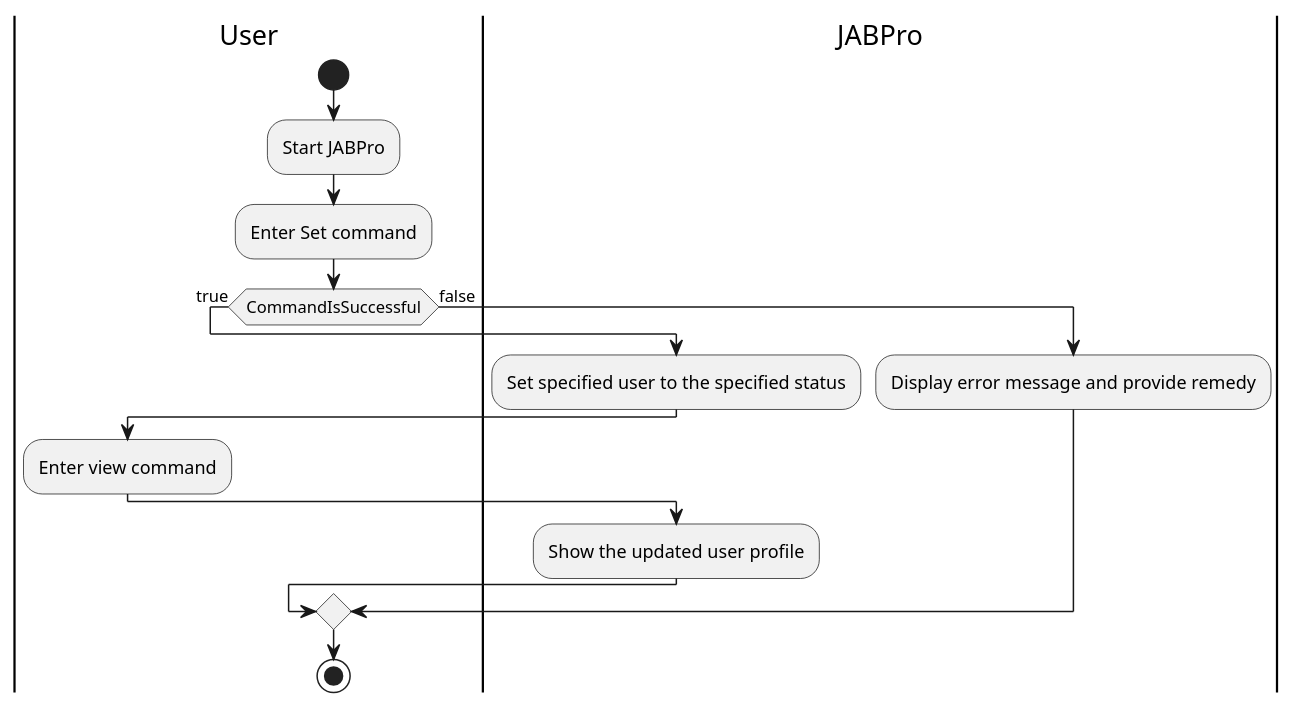
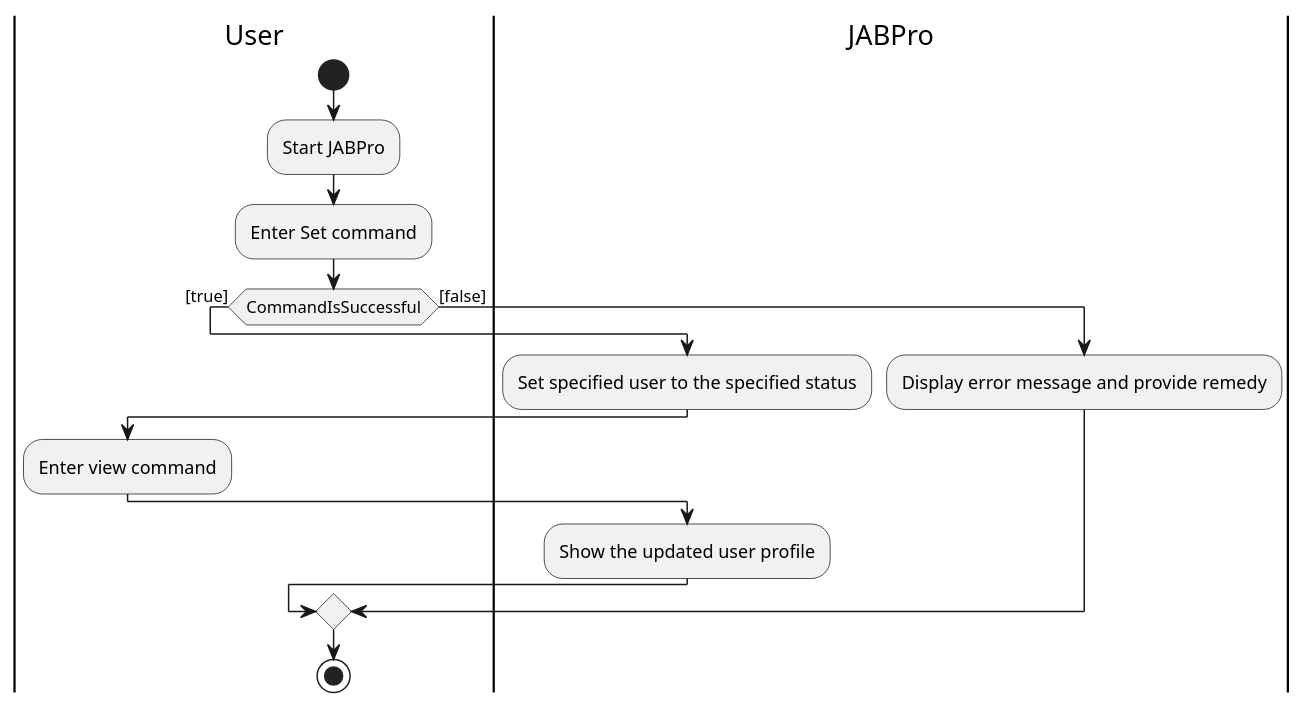
One commit to AriellaCallista/tp changed the diagram in diagrams/SetActivityDiagram.puml. Above: the diagram before and after it, drawn with PlantUML. The commit also changed 52 other files, not shown here.

```diff
--- a/diagrams/SetActivityDiagram.puml
+++ b/diagrams/SetActivityDiagram.puml
@@ -1,24 +1,24 @@
 @startuml
 'https://plantuml.com/activity-diagram-beta
 |User|
 start
 :Start JABPro;
 :Enter Set command;
-if (CommandIsSuccessful) then (true)
+if (CommandIsSuccessful) then ([true])
   |JABPro|
   :Set specified user to the specified status;
   |User|
   :Enter view command;
   |JABPro|
   :Show the updated user profile;
   |User|
-else (false)
+else ([false])
   |JABPro|
   :Display error message and provide remedy;
   |User|
 
 endif
 
 stop
 
 @enduml
```
